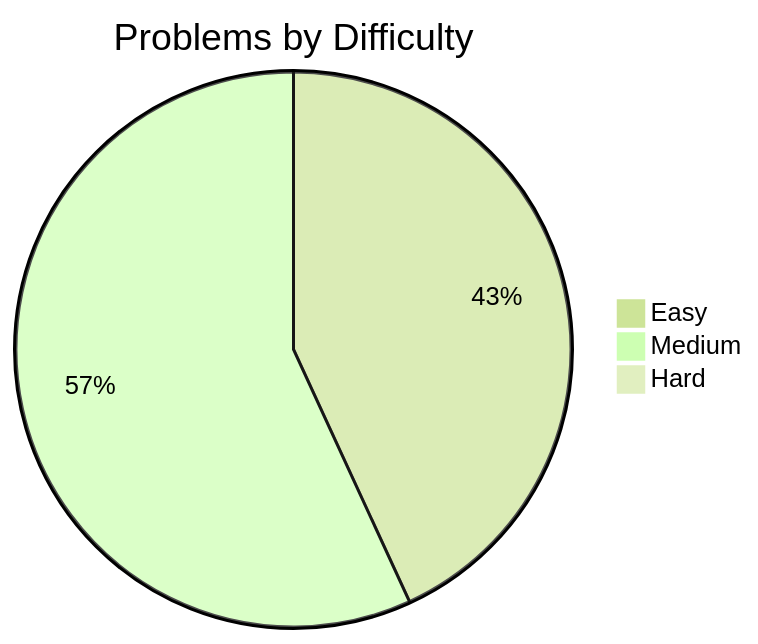
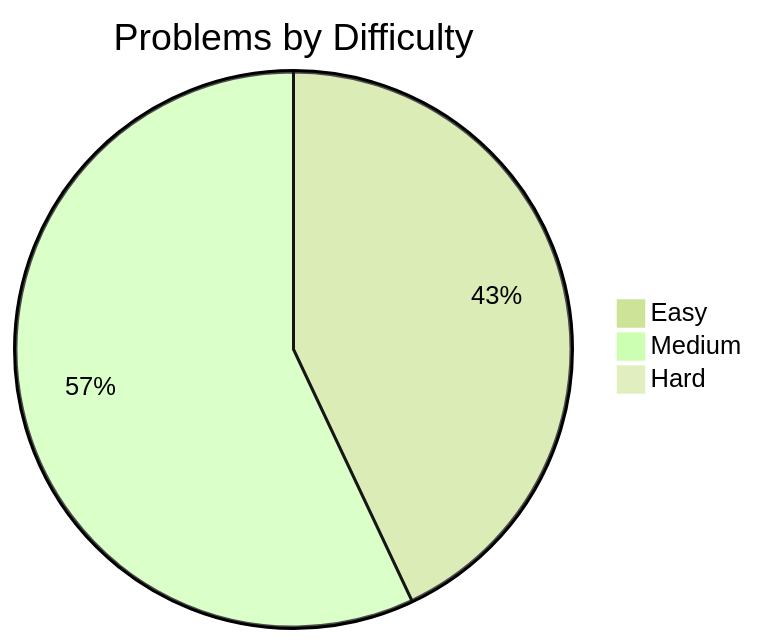
One commit to Jasjeet-Singh-S/100-days-DSA changed the first of 2 diagrams in readme.md. Above: the diagram before and after it, drawn with Mermaid (forest theme). The commit also changed other lines of this file and 5 other files, not shown here.

````diff
--- a/readme.md
+++ b/readme.md
@@ -19,6 +19,6 @@
 ```mermaid
 pie title Problems by Difficulty
-    "Easy" : 44
-    "Medium" : 58
+    "Easy" : 46
+    "Medium" : 61
     "Hard" : 0
 ```
````
